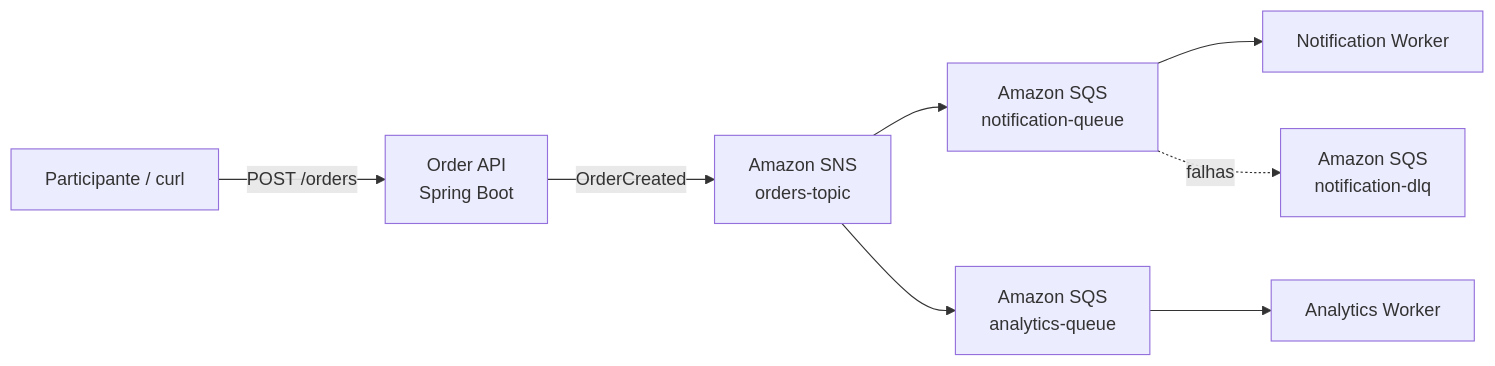
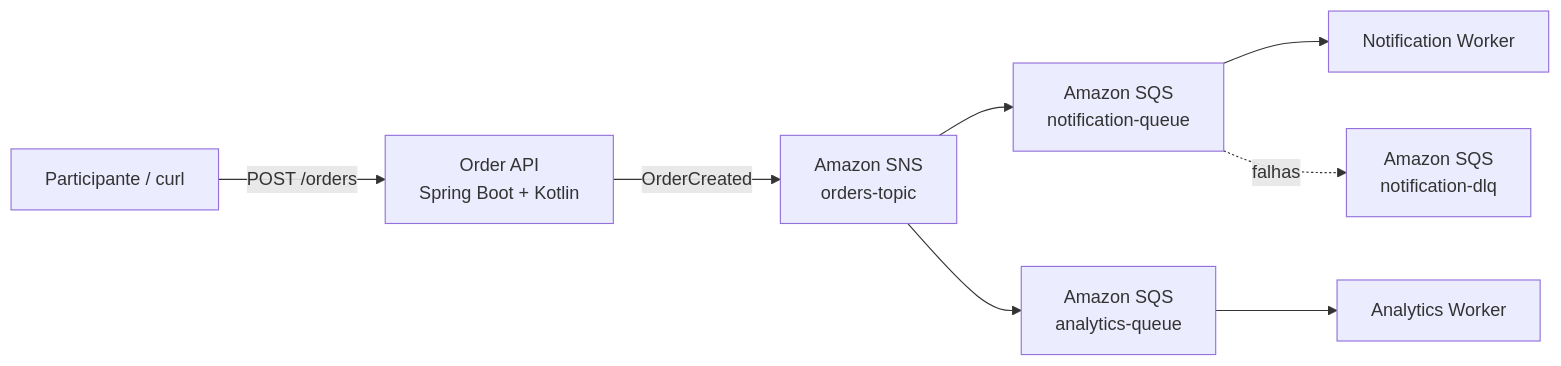
The diagram in README.md (mdnbras/workshop-aws-cd-2026), drawn with Mermaid before and after one commit. The commit also changed other lines of this file, not shown here.

Commit message:
docs: update workshop stack to Kotlin

````diff
--- a/README.md
+++ b/README.md
@@ -11,10 +11,10 @@
 ```mermaid
 flowchart LR
-    U[Participante / curl] -->|POST /orders| API[Order API\nSpring Boot]
+    U[Participante / curl] -->|POST /orders| API[Order API\nSpring Boot + Kotlin]
     API -->|OrderCreated| SNS[Amazon SNS\norders-topic]
     SNS --> Q1[Amazon SQS\nnotification-queue]
     SNS --> Q2[Amazon SQS\nanalytics-queue]
     Q1 --> N[Notification Worker]
     Q2 --> A[Analytics Worker]
     Q1 -. falhas .-> DLQ[Amazon SQS\nnotification-dlq]
 ```
````
